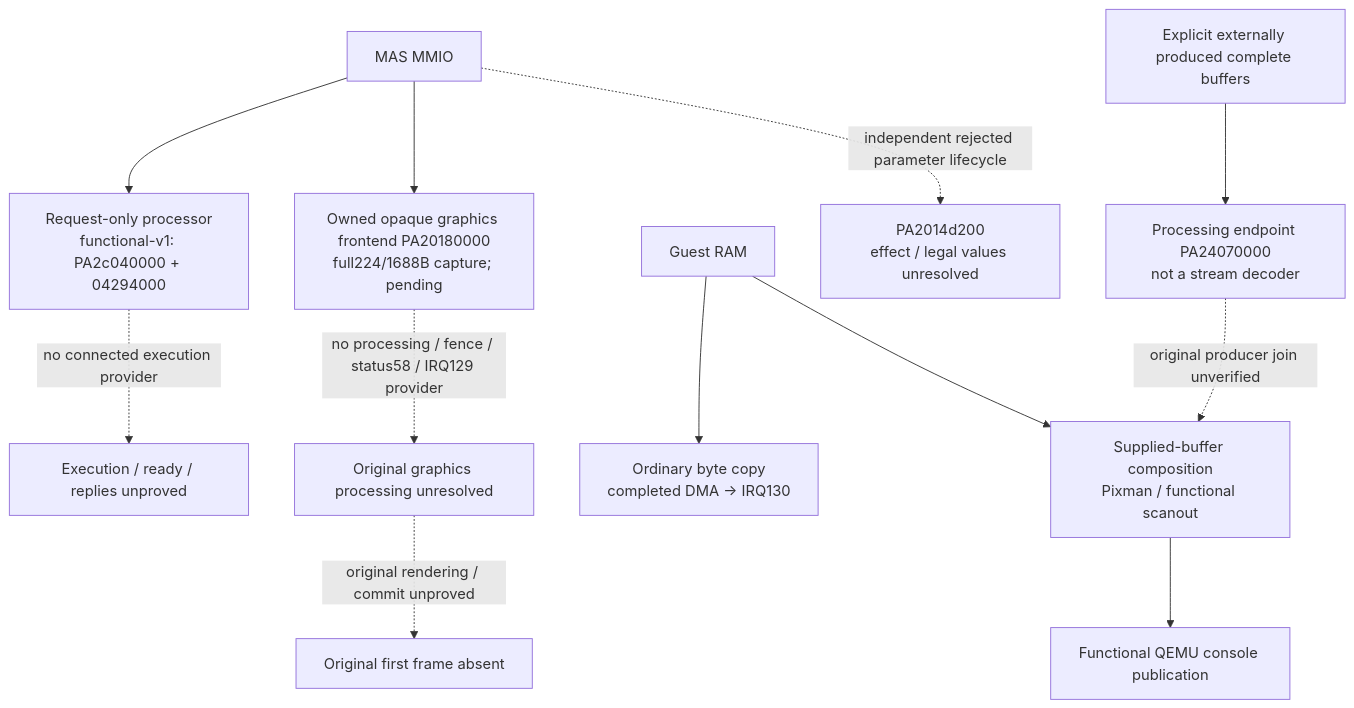
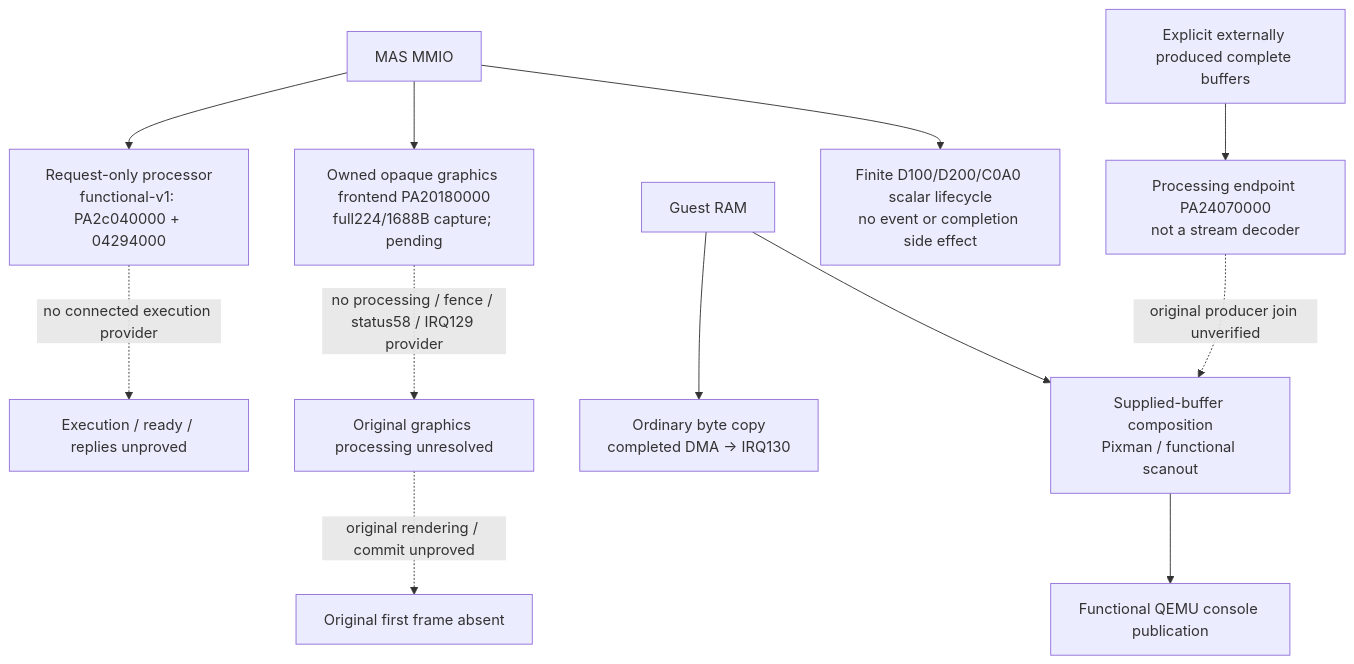
Before and after one commit to nightglasses/z7ii-qemu: the sixth of 6 diagrams in docs/architecture.md, drawn with Mermaid. The commit also changed other lines of this file and 7 other files, not shown here.

Commit message:
feat(nikon): close display bank completion contracts

````diff
--- a/docs/architecture.md
+++ b/docs/architecture.md
@@ -176,14 +176,14 @@
 ```mermaid
 flowchart TD
   MMIO[MAS MMIO] --> Processor[Request-only processor\nfunctional-v1: PA2c040000 + 04294000]
   Processor -. no connected execution provider .-> Execution[Execution / ready / replies unproved]
   MMIO --> Streams[Owned opaque graphics frontend PA20180000\nfull224/1688B capture; pending]
   Streams -. no processing / fence / status58 / IRQ129 provider .-> Graphics[Original graphics processing unresolved]
   RAM[Guest RAM] --> Copy[Ordinary byte copy\ncompleted DMA → IRQ130]
   External[Explicit externally produced complete buffers] --> Process[Processing endpoint PA24070000\nnot a stream decoder]
   RAM --> Compose[Supplied-buffer composition\nPixman / functional scanout]
   Process -. original producer join unverified .-> Compose
   Compose --> Console[Functional QEMU console publication]
   Graphics -. original rendering / commit unproved .-> Frame[Original first frame absent]
-  MMIO -. independent rejected parameter lifecycle .-> D200[PA2014d200\neffect / legal values unresolved]
+  MMIO --> DisplayScalars[Finite D100/D200/C0A0 scalar lifecycle\nno event or completion side effect]
 ```
````
